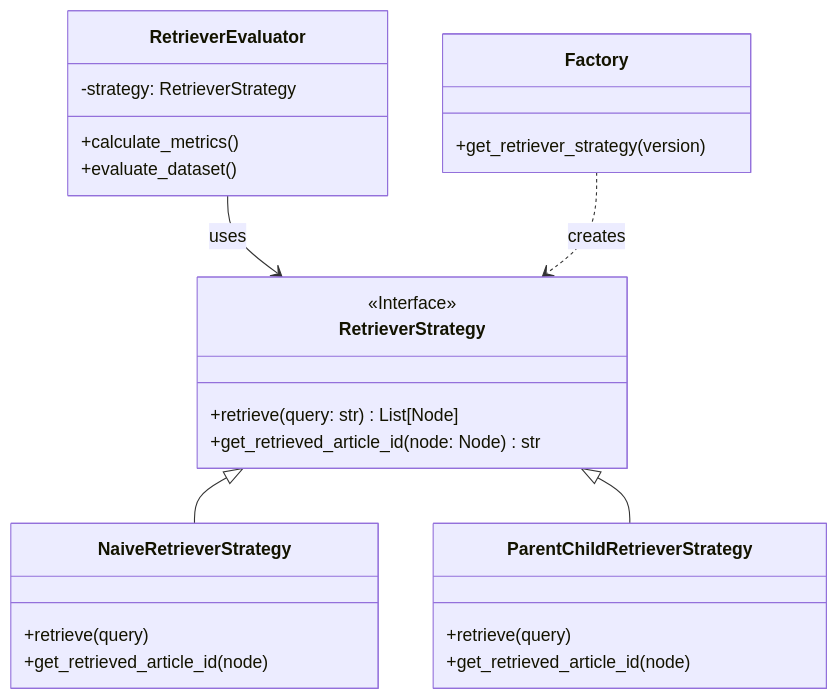
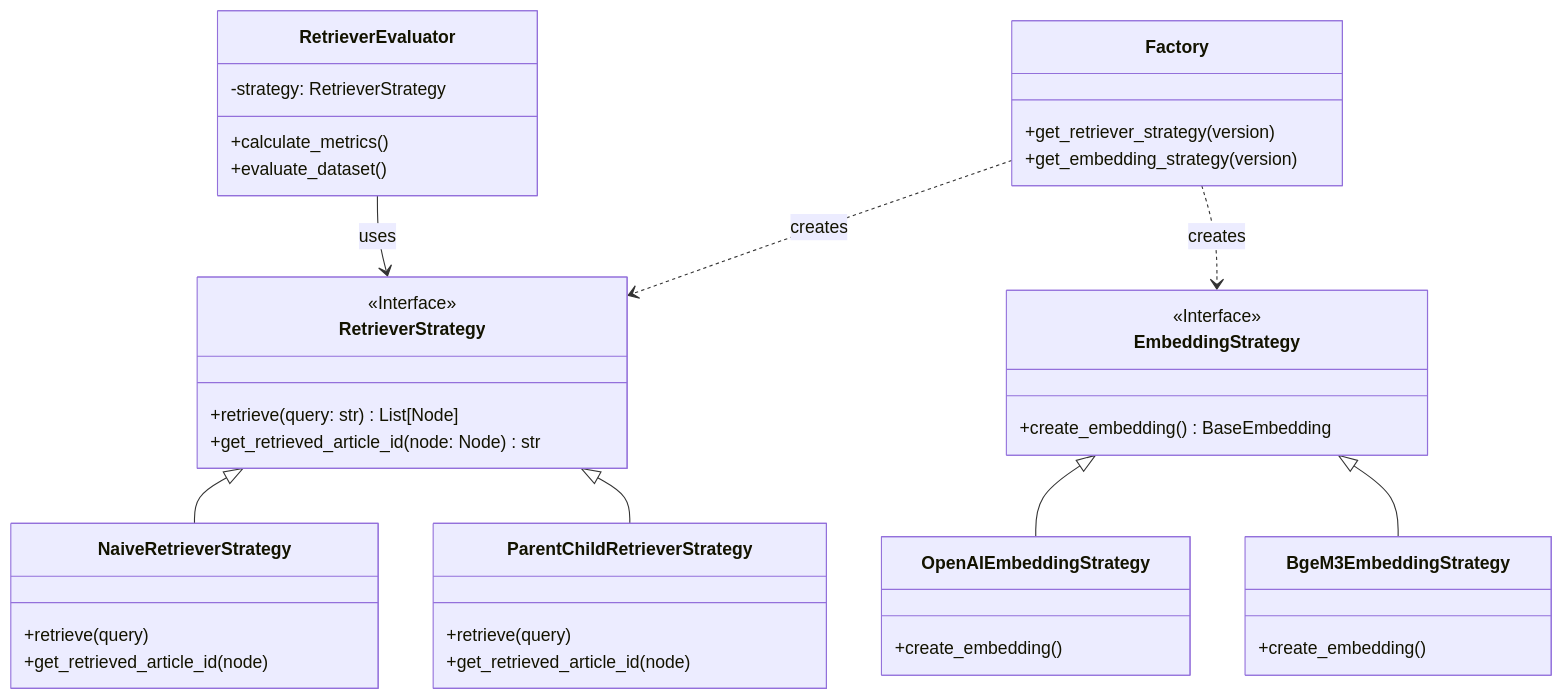
Before and after one commit to wei-yiting/labor-law-guardian: the diagram in backend/app/rag/README.md, drawn with Mermaid. The commit also changed other lines of this file and 37 other files, not shown here.

Commit message:
refactor: create embedding strategy pattern to preserve both openai and bge-m3,  with Qdrant storage and versioning updates

````diff
--- a/backend/app/rag/README.md
+++ b/backend/app/rag/README.md
@@ -11,29 +11,43 @@
 ```mermaid
 classDiagram
     class RetrieverStrategy {
         <<Interface>>
         +retrieve(query: str) List[Node]
         +get_retrieved_article_id(node: Node) str
+    }
+    class EmbeddingStrategy {
+        <<Interface>>
+        +create_embedding() BaseEmbedding
     }
     class NaiveRetrieverStrategy {
         +retrieve(query)
         +get_retrieved_article_id(node)
     }
     class ParentChildRetrieverStrategy {
         +retrieve(query)
         +get_retrieved_article_id(node)
     }
+    class OpenAIEmbeddingStrategy {
+        +create_embedding()
+    }
+    class BgeM3EmbeddingStrategy {
+        +create_embedding()
+    }
     class RetrieverEvaluator {
         -strategy: RetrieverStrategy
         +calculate_metrics()
         +evaluate_dataset()
     }
     class Factory {
         +get_retriever_strategy(version)
+        +get_embedding_strategy(version)
     }
 
     RetrieverStrategy <|-- NaiveRetrieverStrategy
     RetrieverStrategy <|-- ParentChildRetrieverStrategy
+    EmbeddingStrategy <|-- OpenAIEmbeddingStrategy
+    EmbeddingStrategy <|-- BgeM3EmbeddingStrategy
     RetrieverEvaluator --> RetrieverStrategy : uses
     Factory ..> RetrieverStrategy : creates
+    Factory ..> EmbeddingStrategy : creates
 ```
````
